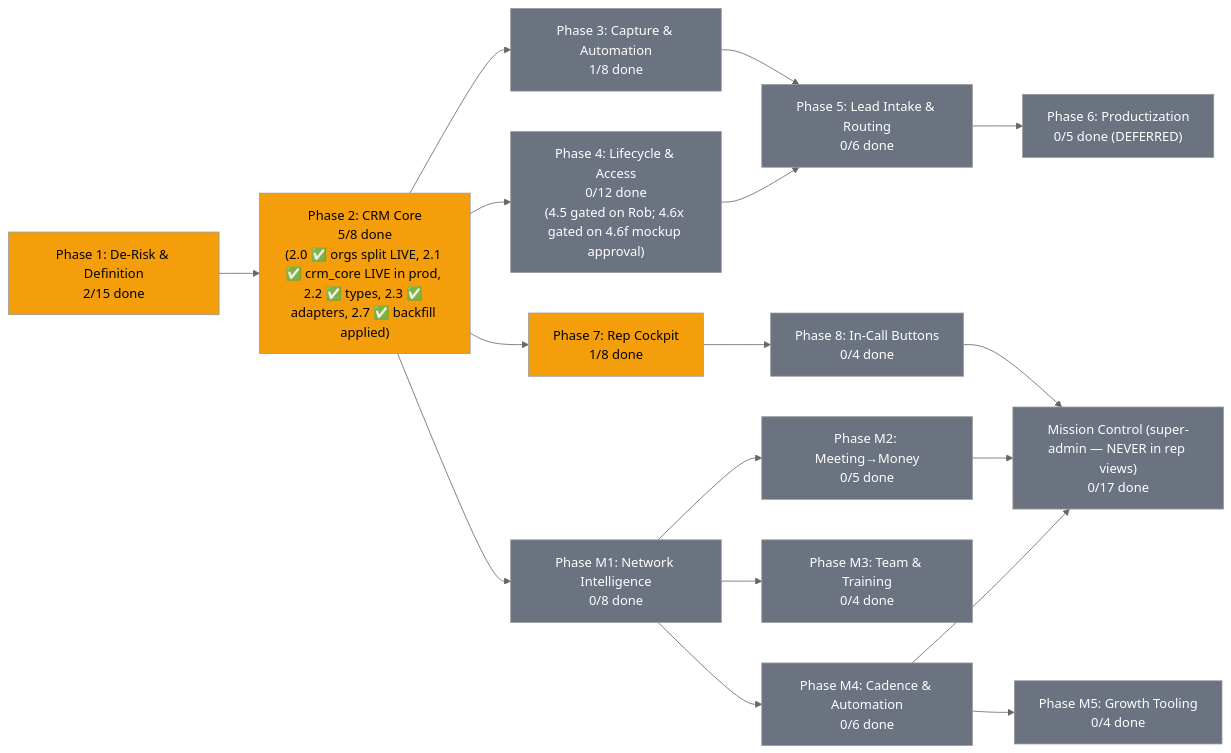
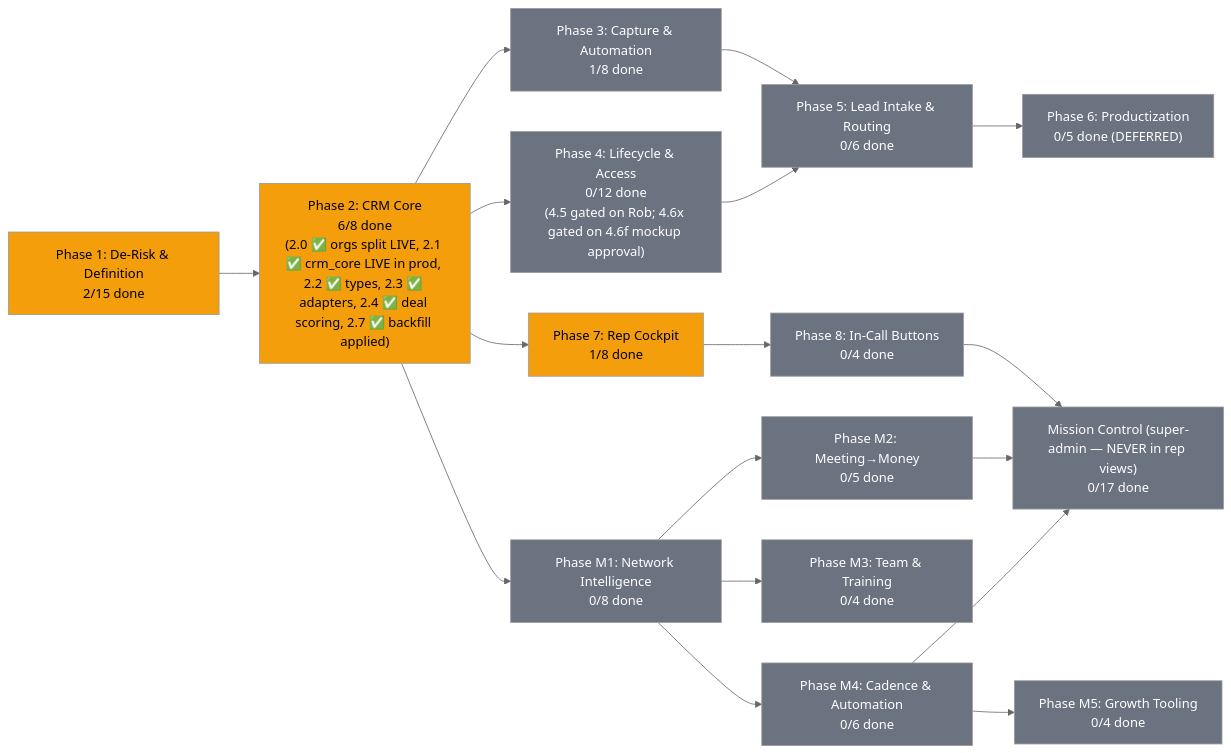
Before and after one commit to blacklabelbob/mle-rob-dashboard: the diagram in docs/plans/PRD-mle-crm.md, drawn with Mermaid (neutral theme). The commit also changed other lines of this file and 3 other files, not shown here.

````diff
--- a/docs/plans/PRD-mle-crm.md
+++ b/docs/plans/PRD-mle-crm.md
@@ -24,34 +24,34 @@
 ```mermaid
 flowchart LR
-    P1["Phase 1: De-Risk & Definition<br/>2/15 done"] --> P2["Phase 2: CRM Core<br/>5/8 done<br/>(2.0 ✅ orgs split LIVE, 2.1 ✅ crm_core LIVE in prod, 2.2 ✅ types, 2.3 ✅ adapters, 2.7 ✅ backfill applied)"]
+    P1["Phase 1: De-Risk & Definition<br/>2/15 done"] --> P2["Phase 2: CRM Core<br/>6/8 done<br/>(2.0 ✅ orgs split LIVE, 2.1 ✅ crm_core LIVE in prod, 2.2 ✅ types, 2.3 ✅ adapters, 2.4 ✅ deal scoring, 2.7 ✅ backfill applied)"]
     P2 --> P3["Phase 3: Capture & Automation<br/>1/8 done"]
     P2 --> P4["Phase 4: Lifecycle & Access<br/>0/12 done<br/>(4.5 gated on Rob; 4.6x gated on 4.6f mockup approval)"]
     P2 --> P7["Phase 7: Rep Cockpit<br/>1/8 done"]
     P7 --> P8["Phase 8: In-Call Buttons<br/>0/4 done"]
     P3 --> P5["Phase 5: Lead Intake & Routing<br/>0/6 done"]
     P4 --> P5
     P5 --> P6["Phase 6: Productization<br/>0/5 done (DEFERRED)"]
     P2 --> M1["Phase M1: Network Intelligence<br/>0/8 done"]
     M1 --> M2["Phase M2: Meeting→Money<br/>0/5 done"]
     M1 --> M3["Phase M3: Team & Training<br/>0/4 done"]
     M1 --> M4["Phase M4: Cadence & Automation<br/>0/6 done"]
     M4 --> M5["Phase M5: Growth Tooling<br/>0/4 done"]
     P8 --> MC["Mission Control (super-admin — NEVER in rep views)<br/>0/17 done"]
     M2 --> MC
     M4 --> MC
 
     style P1 fill:#f59e0b,color:#000
     style P2 fill:#f59e0b,color:#000
     style P3 fill:#6b7280,color:#fff
     style P4 fill:#6b7280,color:#fff
     style P5 fill:#6b7280,color:#fff
     style P6 fill:#6b7280,color:#fff
     style P7 fill:#f59e0b,color:#000
     style P8 fill:#6b7280,color:#fff
     style M1 fill:#6b7280,color:#fff
     style M2 fill:#6b7280,color:#fff
     style M3 fill:#6b7280,color:#fff
     style M4 fill:#6b7280,color:#fff
     style M5 fill:#6b7280,color:#fff
     style MC fill:#6b7280,color:#fff
 ```
````
